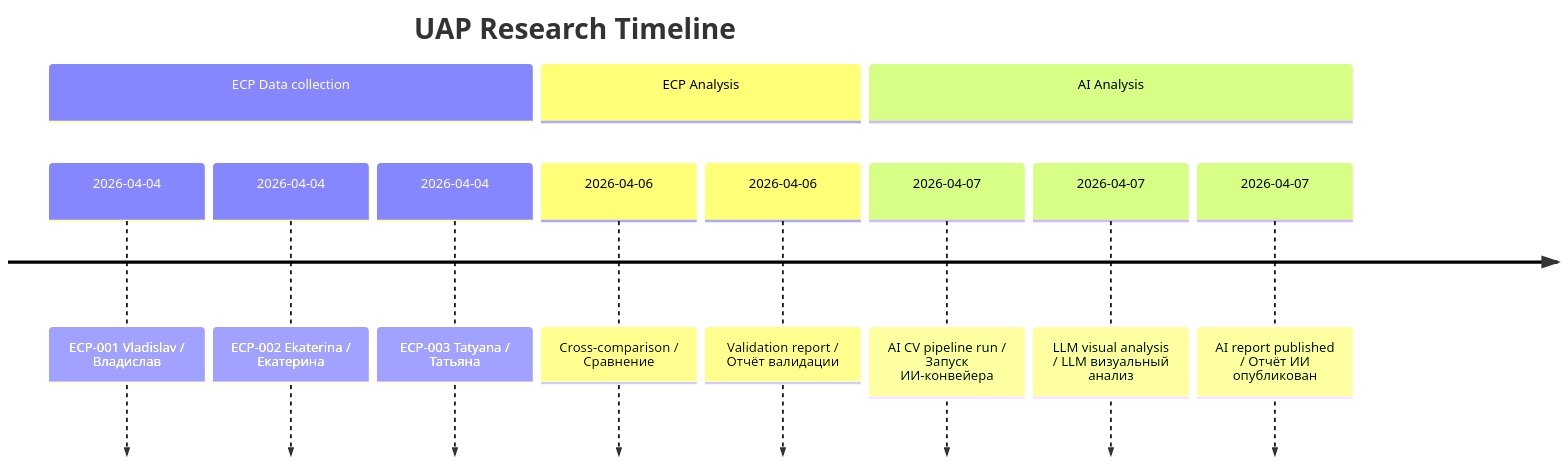
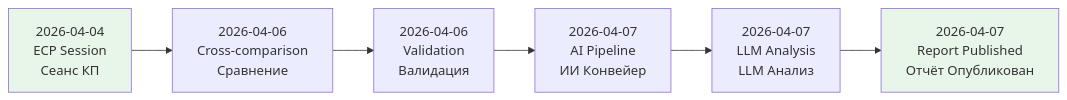
The fifth of 5 diagrams in README.md (AdvancedScientificResearchProjects/UAP_Reverse_Engineering_Study), drawn with Mermaid before and after one commit.

Commit message:
fix(docs): replace timeline mermaid with flowchart for mobile compatibility

````diff
--- a/README.md
+++ b/README.md
@@ -222,15 +222,10 @@
 ```mermaid
-timeline
-    title UAP Research Timeline
-    section ECP Data collection
-        2026-04-04 : ECP-001 Vladislav / Владислав
-        2026-04-04 : ECP-002 Ekaterina / Екатерина
-        2026-04-04 : ECP-003 Tatyana / Татьяна
-    section ECP Analysis
-        2026-04-06 : Cross-comparison / Сравнение
-        2026-04-06 : Validation report / Отчёт валидации
-    section AI Analysis
-        2026-04-07 : AI CV pipeline run / Запуск ИИ-конвейера
-        2026-04-07 : LLM visual analysis / LLM визуальный анализ
-        2026-04-07 : AI report published / Отчёт ИИ опубликован
+flowchart LR
+    A["2026-04-04<br/>ECP Session<br/>Сеанс КП"] --> B["2026-04-06<br/>Cross-comparison<br/>Сравнение"]
+    B --> C["2026-04-06<br/>Validation<br/>Валидация"]
+    C --> D["2026-04-07<br/>AI Pipeline<br/>ИИ Конвейер"]
+    D --> E["2026-04-07<br/>LLM Analysis<br/>LLM Анализ"]
+    E --> F["2026-04-07<br/>Report Published<br/>Отчёт Опубликован"]
+    style A fill:#e8f5e9
+    style F fill:#e8f5e9
 ```
````
